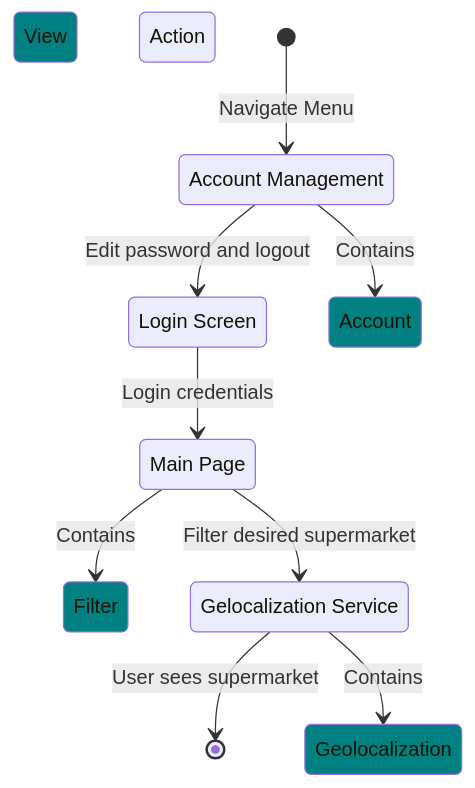
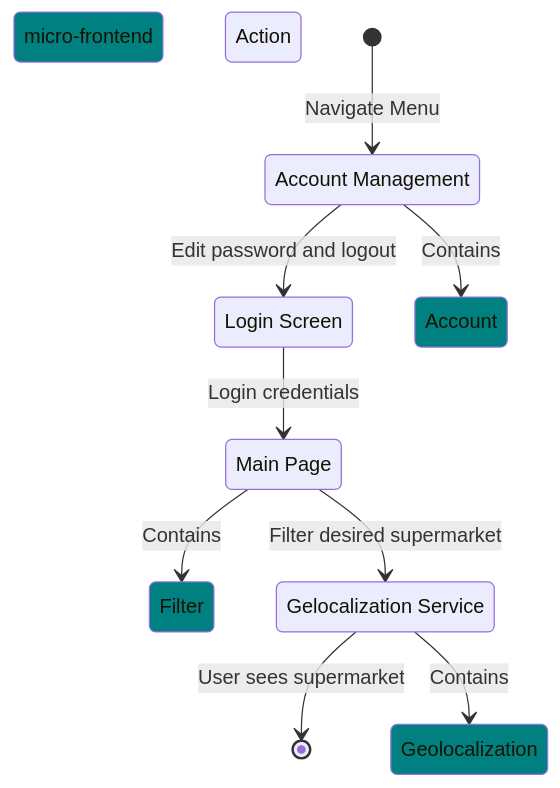
One commit to 0xjrr/aw-project changed the diagram in micro-frontends/story/story-acc-geo.md. Above: the diagram before and after it, drawn with Mermaid. The commit also changed 4 other files, not shown here.

````diff
--- a/micro-frontends/story/story-acc-geo.md
+++ b/micro-frontends/story/story-acc-geo.md
@@ -1,25 +1,25 @@
 ```mermaid
 stateDiagram-v2
 
     classDef coloring fill:teal
 
-    state "View" as LegendView
+    state "micro-frontend" as LegendView
     state "Action" as ActionView
 
     state "Filter" as FilterView
     state "Main Page" as MainPage 
     state "Login Screen" as LoginScreen
     state "Account Management" as AccountManagement
     state "Gelocalization Service" as GelocalizationService
 
     [*] --> AccountManagement: Navigate Menu
     AccountManagement --> LoginScreen: Edit password and logout
     AccountManagement --> Account: Contains
     LoginScreen --> MainPage: Login credentials
     MainPage --> GelocalizationService: Filter desired supermarket
     MainPage --> FilterView: Contains
     GelocalizationService --> [*]: User sees supermarket
     GelocalizationService --> Geolocalization: Contains
 
     Class Geolocalization, Account, LegendView, FilterView coloring
 ```
````
